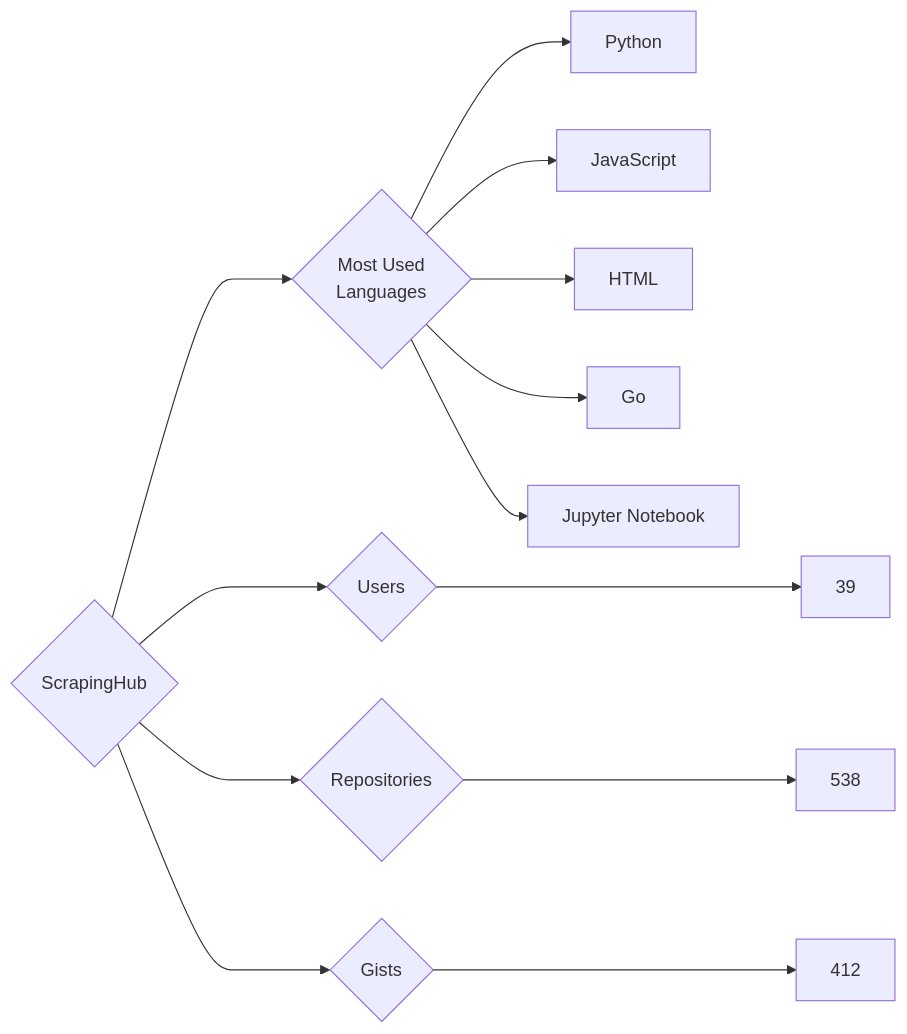
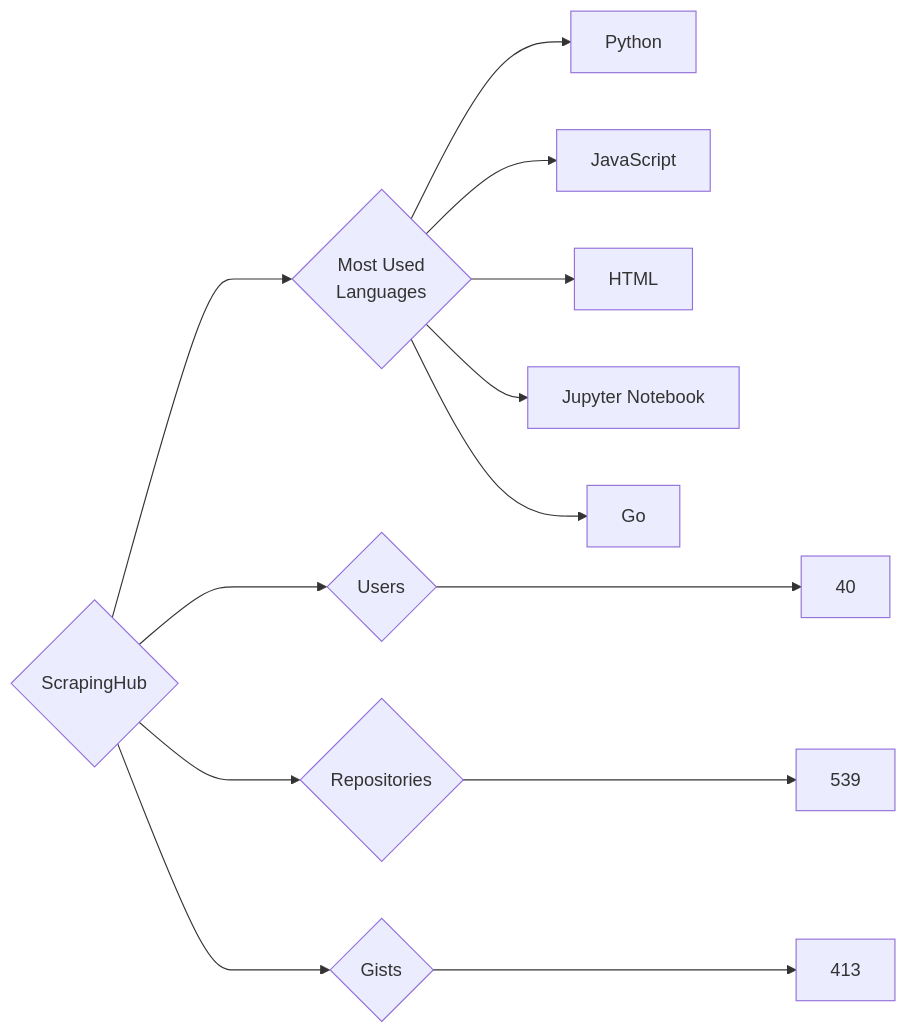
One commit to trickest/insiders changed the diagram in targets/ScrapingHub/README.md. Above: the diagram before and after it, drawn with Mermaid. The commit also changed 965 other files, not shown here.

````diff
--- a/targets/ScrapingHub/README.md
+++ b/targets/ScrapingHub/README.md
@@ -3,13 +3,13 @@
 ```mermaid
 graph LR
 COMPANY_NAME{ScrapingHub}
-COMPANY_NAME ---> U{Users} ---> UN[39]
-COMPANY_NAME ---> R{Repositories} ---> RN[538]
-COMPANY_NAME ---> G{Gists} ---> GN[412]
+COMPANY_NAME ---> U{Users} ---> UN[40]
+COMPANY_NAME ---> R{Repositories} ---> RN[539]
+COMPANY_NAME ---> G{Gists} ---> GN[413]
 COMPANY_NAME ---> ML{Most Used<br>Languages}
 ML --> Python[Python]
 ML --> JavaScript[JavaScript]
 ML --> HTML[HTML]
+ML --> Jupyter_Notebook[Jupyter Notebook]
 ML --> Go[Go]
-ML --> Jupyter_Notebook[Jupyter Notebook]
 ```
````
